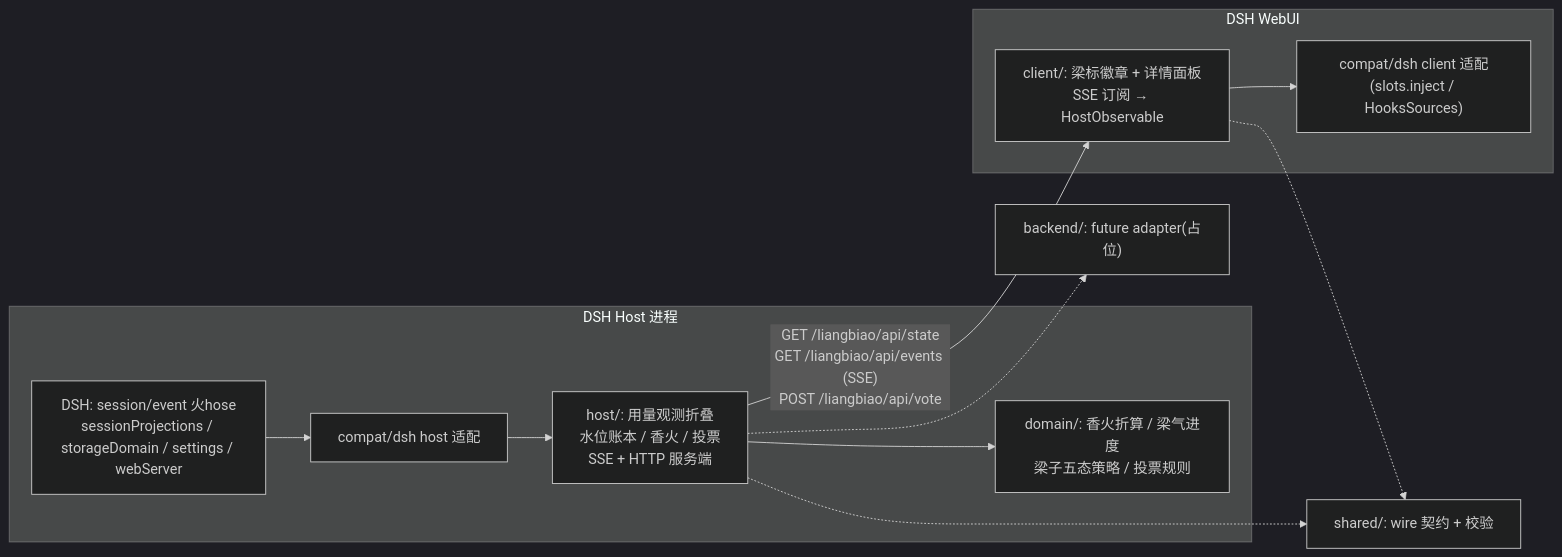
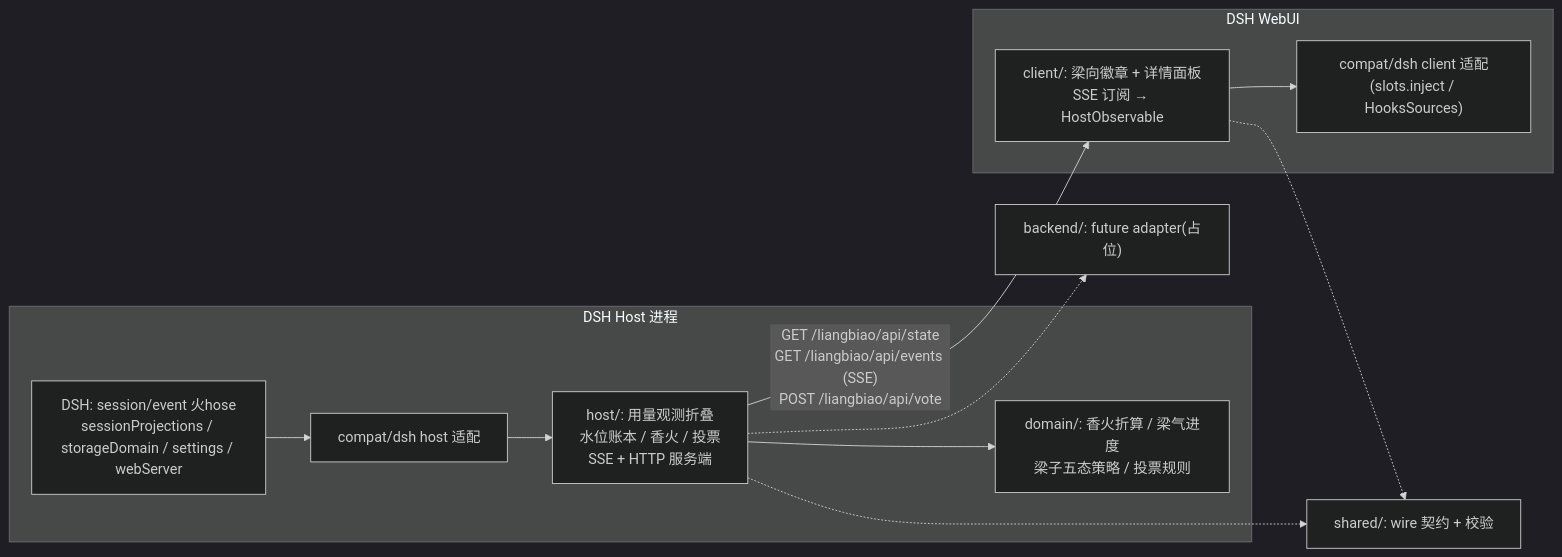
The diagram in docs/002-architecture.md (liang-today/dsh-liangxiang), drawn with Mermaid (dark theme) before and after one commit. The commit also changed other lines of this file and 60 other files, not shown here.

````diff
--- a/docs/002-architecture.md
+++ b/docs/002-architecture.md
@@ -31,22 +31,22 @@
 ```mermaid
 flowchart LR
   subgraph hostProc [DSH Host 进程]
     dshHost["DSH: session/event 火hose<br/>sessionProjections / storageDomain / settings / webServer"]
     compatH[compat/dsh host 适配]
     hostCore["host/: 用量观测折叠<br/>水位账本 / 香火 / 投票<br/>SSE + HTTP 服务端"]
     domain["domain/: 香火折算 / 梁气进度<br/>梁子五态策略 / 投票规则"]
     dshHost --> compatH --> hostCore
     hostCore --> domain
   end
   subgraph browser [DSH WebUI]
     compatC["compat/dsh client 适配<br/>(slots.inject / HooksSources)"]
-    clientCore["client/: 梁标徽章 + 详情面板<br/>SSE 订阅 → HostObservable"]
+    clientCore["client/: 梁向徽章 + 详情面板<br/>SSE 订阅 → HostObservable"]
     clientCore --> compatC
   end
   shared["shared/: wire 契约 + 校验"]
   hostCore -- "GET /liangbiao/api/state<br/>GET /liangbiao/api/events (SSE)<br/>POST /liangbiao/api/vote" --> clientCore
   hostCore -.-> shared
   clientCore -.-> shared
   backendA["backend/: future adapter(占位)"]
   hostCore -.-> backendA
 ```
````
